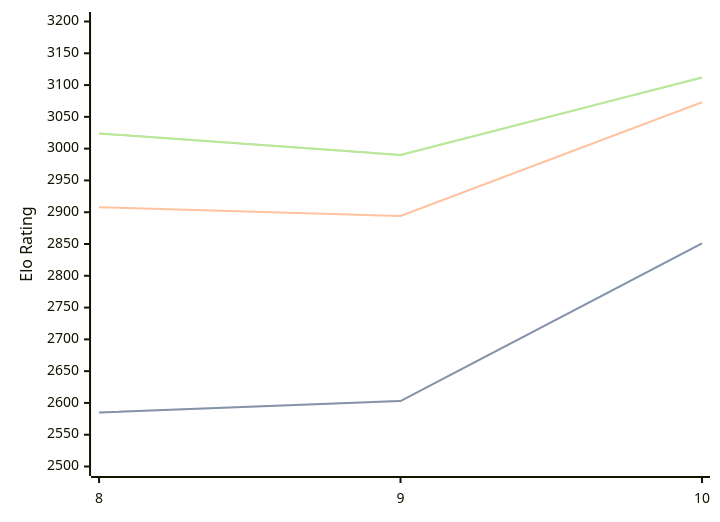
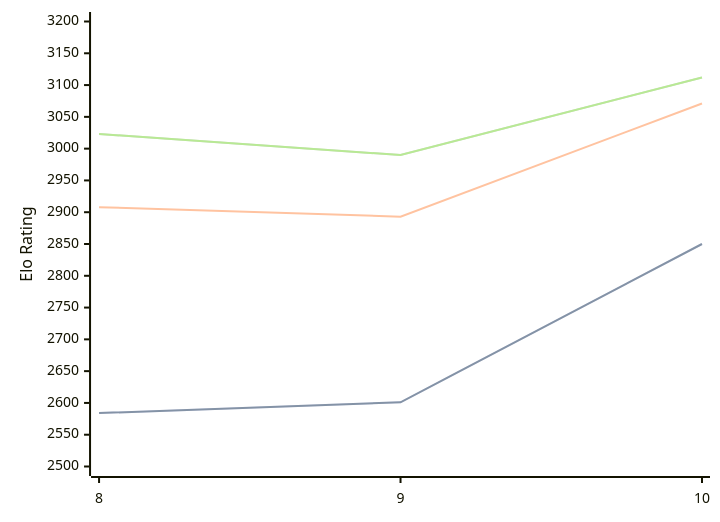
Before and after one commit to computer-chess-index/cci: the third of 3 diagrams in engines/Lozza.md, drawn with Mermaid. The commit also changed other lines of this file, not shown here.

Commit message:
Update CCI Ratings (ELO VLTC) - 2026-07-15

````diff
--- a/engines/Lozza.md
+++ b/engines/Lozza.md
@@ -74,11 +74,11 @@
 ```mermaid
 %%{init: {"theme":"base","themeVariables":{"seriesColors:['#a3a3a3','#222221','#faa371']}}}%%
 xychart-beta
   x-axis ["8", "9", "10"]
   y-axis "Elo Rating" 2500 --> 3200
-  line "STC (8.0+0.08s)" [2585, 2603, 2851]
-  line "STC (8.0+0.08s)" [2585, 2603, 2851]
-  line "LTC (60.0+0.60s)" [2908, 2894, 3073]
-  line "VLTC (2m24s+1.12s)" [3024, 2990, 3112]
-  line "VLTC (2m24s+1.12s)" [3024, 2990, 3112]
+  line "STC (8.0+0.08s)" [2584, 2601, 2850]
+  line "STC (8.0+0.08s)" [2584, 2601, 2850]
+  line "LTC (60.0+0.60s)" [2908, 2893, 3071]
+  line "VLTC (2m24s+1.12s)" [3023, 2990, 3112]
+  line "VLTC (2m24s+1.12s)" [3023, 2990, 3112]
 ```
````
